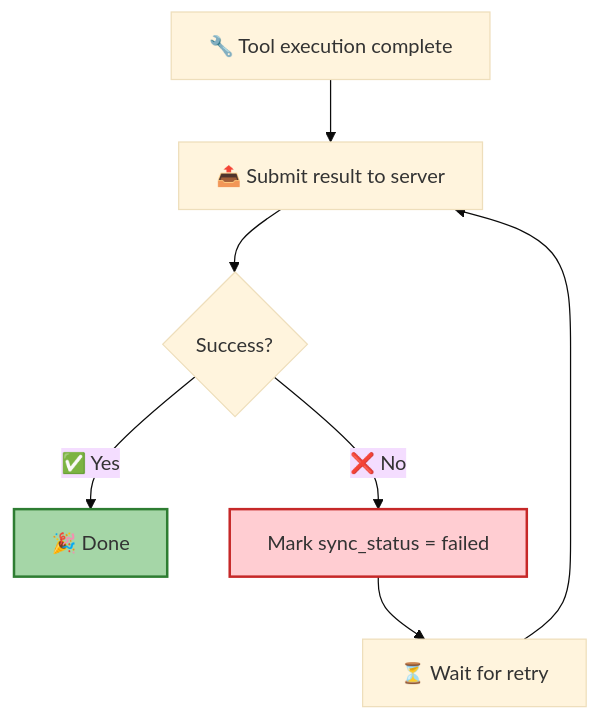
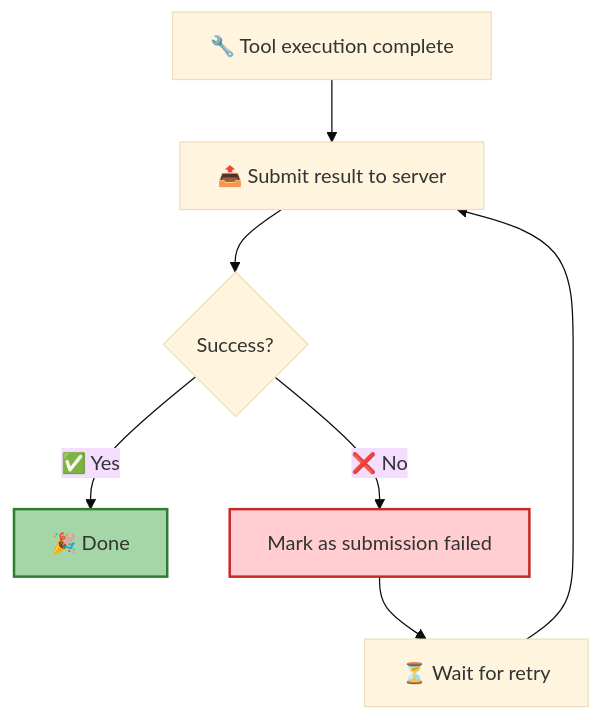
Before and after one commit to rtc-agent/docs: the fifth of 6 diagrams in src/content/docs/en/concepts/rtc.md, drawn with Mermaid (base theme). The commit also changed other lines of this file and 60 other files, not shown here.

First line of the commit message:
docs(site): refresh documentation with new sections and improved diagrams

````diff
--- a/src/content/docs/en/concepts/rtc.md
+++ b/src/content/docs/en/concepts/rtc.md
@@ -189,12 +160,12 @@
 ```mermaid
 flowchart TD
     A["🔧 Tool execution complete"] --> B["📤 Submit result to server"]
     B --> C{"Success?"}
     C -->|"✅ Yes"| D["🎉 Done"]
-    C -->|"❌ No"| E["Mark sync_status = failed"]
+    C -->|"❌ No"| E["Mark as submission failed"]
     E --> F["⏳ Wait for retry"]
     F --> B
 
     style D fill:#a5d6a7,stroke:#2e7d32,stroke-width:2px
     style E fill:#ffcdd2,stroke:#c62828,stroke-width:2px
 ```
````
